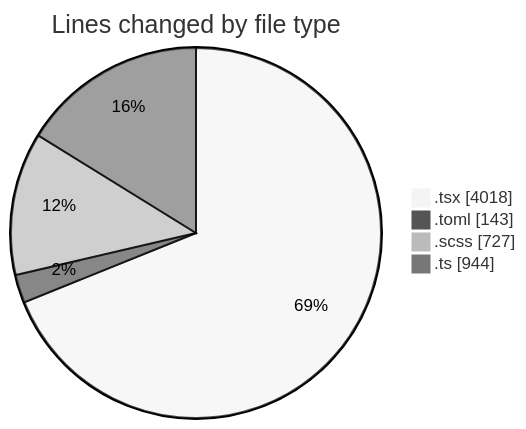
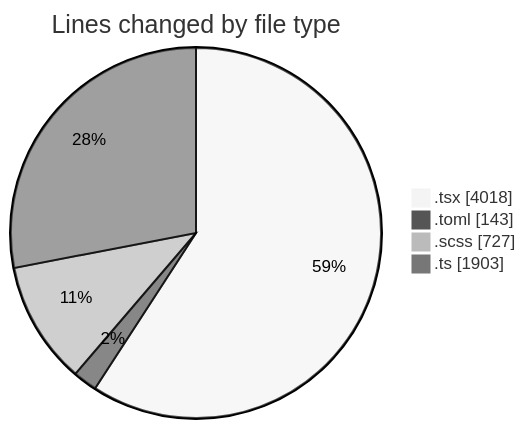
One commit to momahboobian/code-tracking changed the first of 2 diagrams in 2026-11-02/cda/README.md. Above: the diagram before and after it, drawn with Mermaid (neutral theme). The commit also changed other lines of this file and 1 other file, not shown here.

````diff
--- a/2026-11-02/cda/README.md
+++ b/2026-11-02/cda/README.md
@@ -58,8 +60,8 @@
 ```mermaid
 pie showData
 title Lines changed by file type
 ".tsx" : 4018
 ".toml" : 143
 ".scss" : 727
-".ts" : 944
+".ts" : 1903
 ```
````
